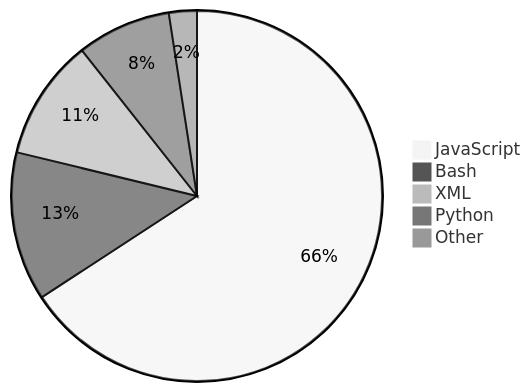
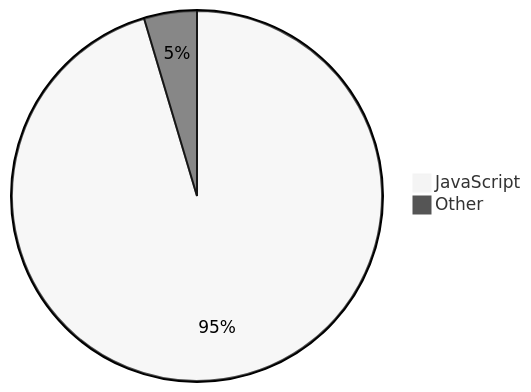
One commit to Alicia111/alicia111 changed the diagram in README.md. Above: the diagram before and after it, drawn with Mermaid (neutral theme).

Commit message:
Update WakaTime stats (・ω・)b

````diff
--- a/README.md
+++ b/README.md
@@ -32,8 +32,5 @@
 ```mermaid
 pie
-    "JavaScript" : 65.8
-    "Bash" : 12.99
-    "XML" : 10.57
-    "Python" : 8.2
-    "Other" : 2.44
+    "JavaScript" : 95.39
+    "Other" : 4.61
 ```
````
